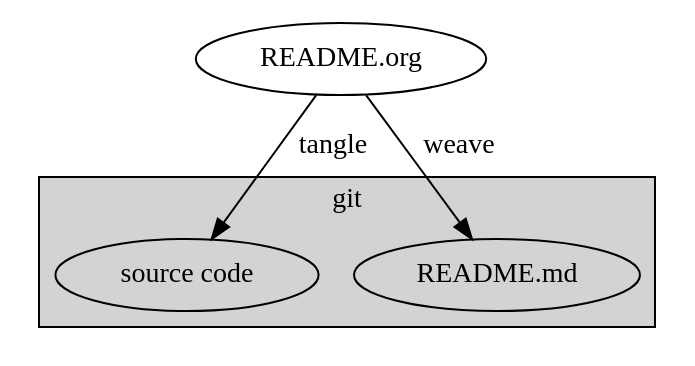
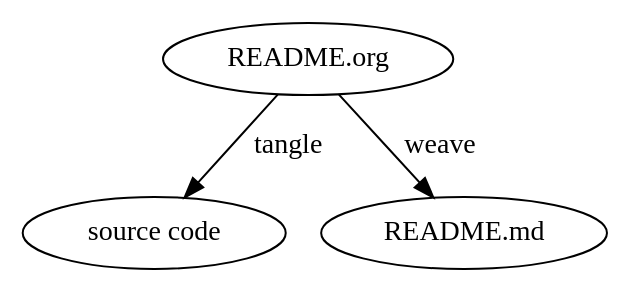
The diagram in README.org (adam-ard/literate-demo), drawn with Graphviz before and after one commit. The commit also changed other lines of this file, not shown here.

```diff
--- a/README.org
+++ b/README.org
@@ -60,18 +60,11 @@
 #+begin_src dot :file literate.png :exports both
 digraph G {
 	
-  subgraph cluster_0 {
-    style=filled;
-    label = "git";
-	  B;
-	  C;
-  }
-
   A -> B [label="tangle"];
   A -> C [label="weave"];
 
   A [label="README.org"];
 	B [label="source code"];
 	C [label="README.md"];
 }
 #+end_src
```
